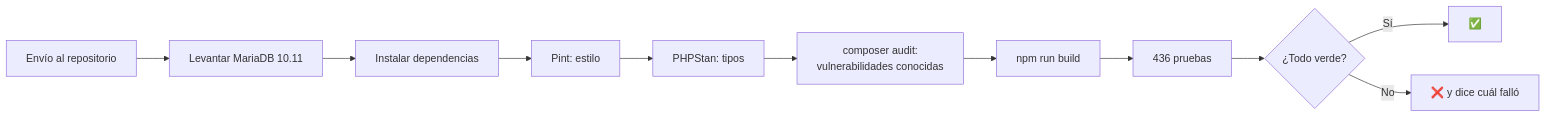
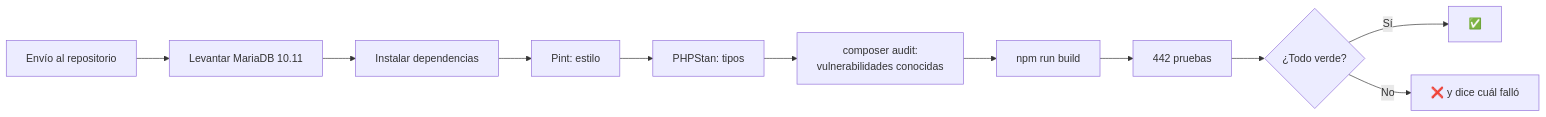
One commit to 75220834-cloud/PROYECTO-TALLER-DE-INV.-1 changed the second of 2 diagrams in docs/tecnica/12-pruebas-y-calidad.md. Above: the diagram before and after it, drawn with Mermaid. The commit also changed other lines of this file and 16 other files, not shown here.

````diff
--- a/docs/tecnica/12-pruebas-y-calidad.md
+++ b/docs/tecnica/12-pruebas-y-calidad.md
@@ -219,13 +220,13 @@
 ```mermaid
 flowchart LR
     A[Envío al repositorio] --> B[Levantar MariaDB 10.11]
     B --> C[Instalar dependencias]
     C --> D[Pint: estilo]
     D --> E[PHPStan: tipos]
     E --> F[composer audit:<br/>vulnerabilidades conocidas]
     F --> G[npm run build]
-    G --> H[436 pruebas]
+    G --> H[442 pruebas]
     H --> I{¿Todo verde?}
     I -->|Sí| J[✅]
     I -->|No| K[❌ y dice cuál falló]
 ```
````
